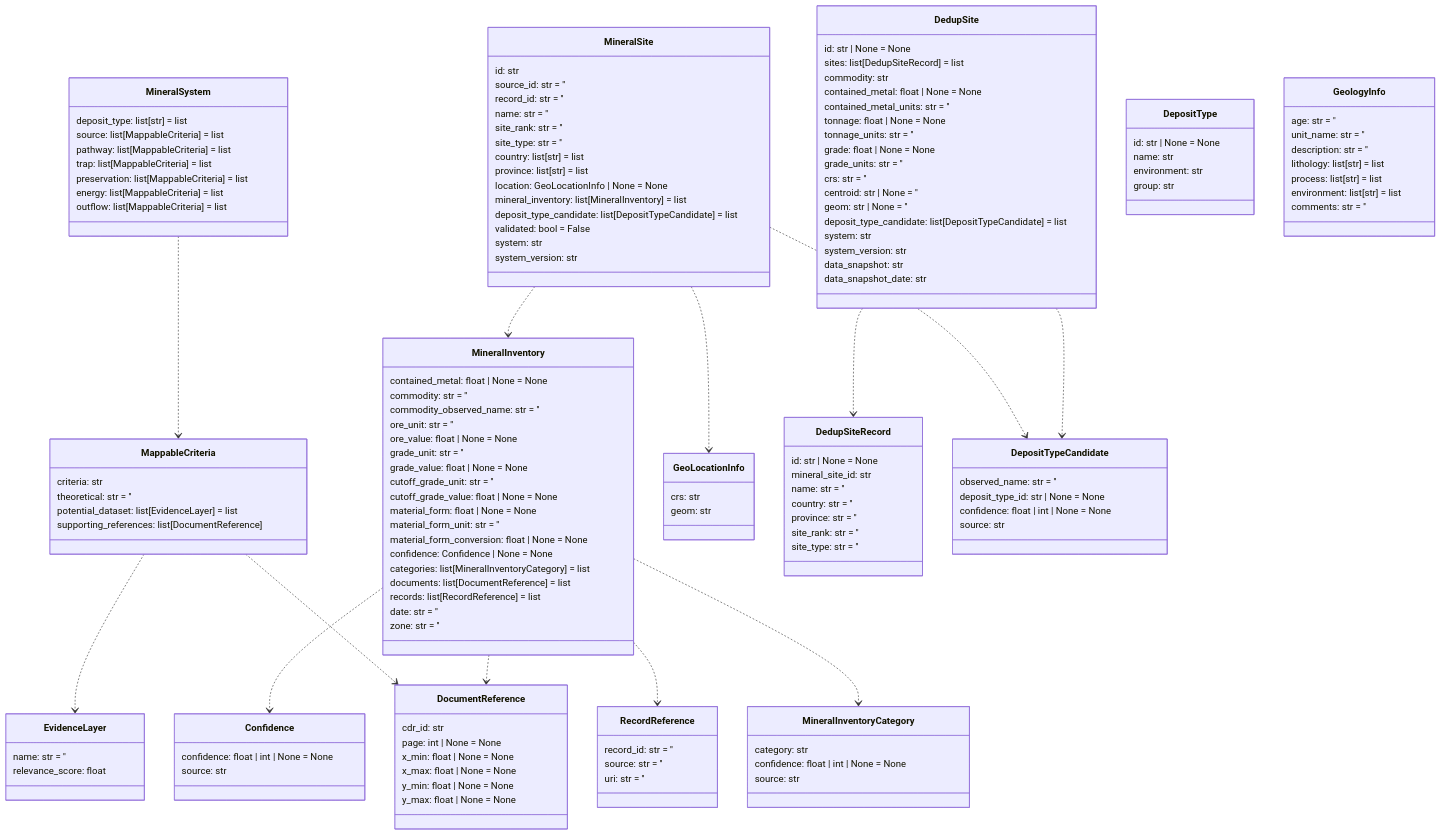
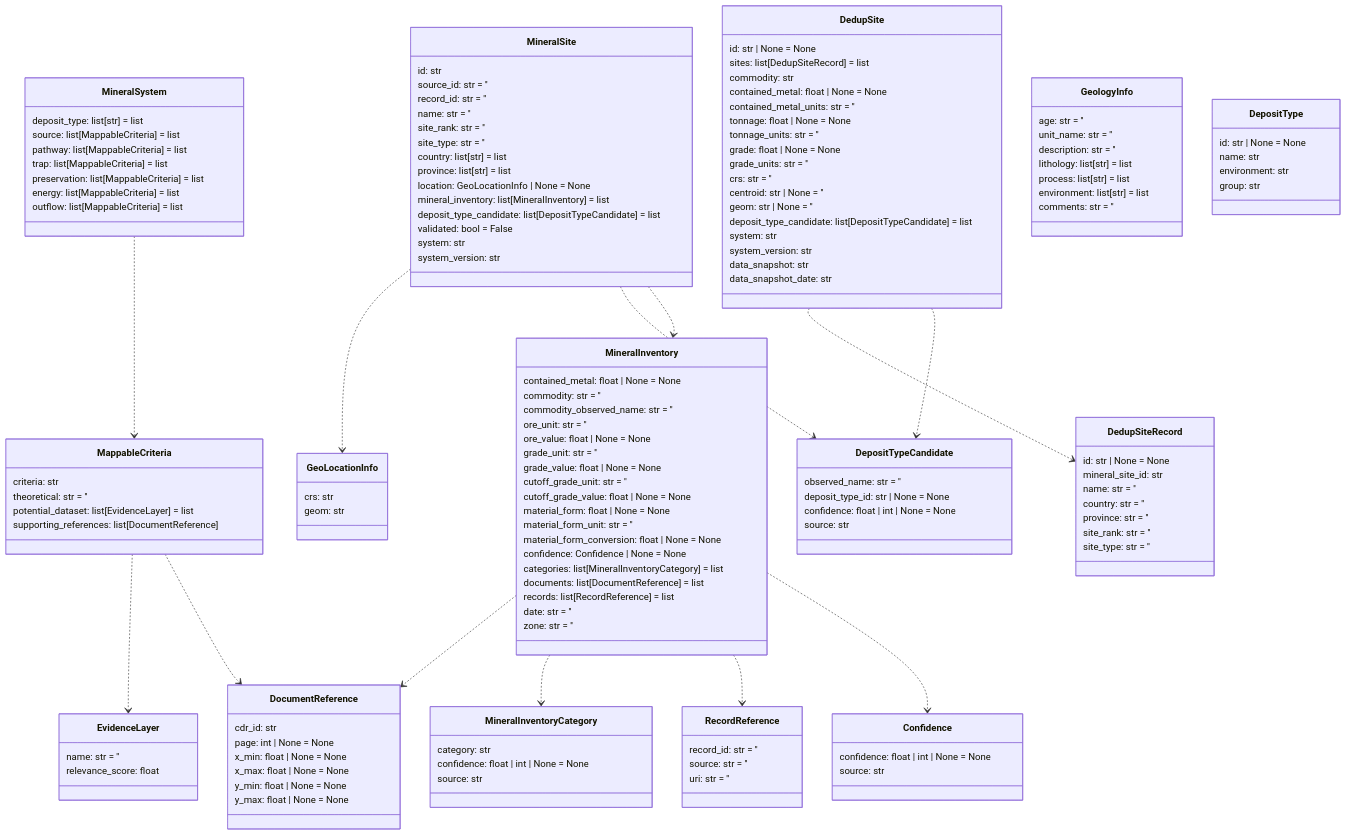
The tenth of 14 diagrams in README.md (DARPA-CRITICALMAAS/cdr_schemas), drawn with Mermaid before and after one commit. The commit also changed other lines of this file and 3 other files, not shown here.

```diff
--- a/README.md
+++ b/README.md
@@ -780,6 +780,21 @@
         validated: bool = False
         system: str
         system_version: str
+    }
+
+    class MineralSystem {
+        deposit_type: list[str] = list
+        source: list[MappableCriteria] = list
+        pathway: list[MappableCriteria] = list
+        trap: list[MappableCriteria] = list
+        preservation: list[MappableCriteria] = list
+        energy: list[MappableCriteria] = list
+        outflow: list[MappableCriteria] = list
+    }
+
+    class Confidence {
+        confidence: float | int | None = None
+        source: str
     }
 
     class DedupSite {
@@ -802,9 +817,76 @@
         data_snapshot_date: str
     }
 
-    class Confidence {
+    class GeoLocationInfo {
+        crs: str
+        geom: str
+    }
+
+    class MappableCriteria {
+        criteria: str
+        theoretical: str = ''
+        potential_dataset: list[EvidenceLayer] = list
+        supporting_references: list[DocumentReference]
+    }
+
+    class MineralInventoryCategory {
+        category: str
         confidence: float | int | None = None
         source: str
+    }
+
+    class DepositTypeCandidate {
+        observed_name: str = ''
+        deposit_type_id: str | None = None
+        confidence: float | int | None = None
+        source: str
+    }
+
+    class GeologyInfo {
+        age: str = ''
+        unit_name: str = ''
+        description: str = ''
+        lithology: list[str] = list
+        process: list[str] = list
+        environment: list[str] = list
+        comments: str = ''
+    }
+
+    class DepositType {
+        id: str | None = None
+        name: str
+        environment: str
+        group: str
+    }
+
+    class EvidenceLayer {
+        name: str = ''
+        relevance_score: float
+    }
+
+    class DedupSiteRecord {
+        id: str | None = None
+        mineral_site_id: str
+        name: str = ''
+        country: str = ''
+        province: str = ''
+        site_rank: str = ''
+        site_type: str = ''
+    }
+
+    class DocumentReference {
+        cdr_id: str
+        page: int | None = None
+        x_min: float | None = None
+        x_max: float | None = None
+        y_min: float | None = None
+        y_max: float | None = None
+    }
+
+    class RecordReference {
+        record_id: str = ''
+        source: str = ''
+        uri: str = ''
     }
 
     class MineralInventory {
@@ -828,98 +910,16 @@
         zone: str = ''
     }
 
-    class MappableCriteria {
-        criteria: str
-        theoretical: str = ''
-        potential_dataset: list[EvidenceLayer] = list
-        supporting_references: list[DocumentReference]
-    }
-
-    class GeoLocationInfo {
-        crs: str
-        geom: str
-    }
-
-    class DedupSiteRecord {
-        id: str | None = None
-        mineral_site_id: str
-        name: str = ''
-        country: str = ''
-        province: str = ''
-        site_rank: str = ''
-        site_type: str = ''
-    }
-
-    class RecordReference {
-        record_id: str = ''
-        source: str = ''
-        uri: str = ''
-    }
-
-    class DepositTypeCandidate {
-        observed_name: str = ''
-        deposit_type_id: str | None = None
-        confidence: float | int | None = None
-        source: str
-    }
-
-    class MineralSystem {
-        deposit_type: list[str] = list
-        source: list[MappableCriteria] = list
-        pathway: list[MappableCriteria] = list
-        trap: list[MappableCriteria] = list
-        preservation: list[MappableCriteria] = list
-        energy: list[MappableCriteria] = list
-        outflow: list[MappableCriteria] = list
-    }
-
-    class EvidenceLayer {
-        name: str = ''
-        relevance_score: float
-    }
-
-    class MineralInventoryCategory {
-        category: str
-        confidence: float | int | None = None
-        source: str
-    }
-
-    class DocumentReference {
-        cdr_id: str
-        page: int | None = None
-        x_min: float | None = None
-        x_max: float | None = None
-        y_min: float | None = None
-        y_max: float | None = None
-    }
-
-    class DepositType {
-        id: str | None = None
-        name: str
-        environment: str
-        group: str
-    }
-
-    class GeologyInfo {
-        age: str = ''
-        unit_name: str = ''
-        description: str = ''
-        lithology: list[str] = list
-        process: list[str] = list
-        environment: list[str] = list
-        comments: str = ''
-    }
-
+    MappableCriteria ..> EvidenceLayer
     MappableCriteria ..> DocumentReference
-    MappableCriteria ..> EvidenceLayer
     MineralSystem ..> MappableCriteria
+    MineralInventory ..> DocumentReference
     MineralInventory ..> MineralInventoryCategory
-    MineralInventory ..> DocumentReference
     MineralInventory ..> RecordReference
     MineralInventory ..> Confidence
     MineralSite ..> GeoLocationInfo
+    MineralSite ..> DepositTypeCandidate
     MineralSite ..> MineralInventory
-    MineralSite ..> DepositTypeCandidate
     DedupSite ..> DedupSiteRecord
     DedupSite ..> DepositTypeCandidate
 
```
